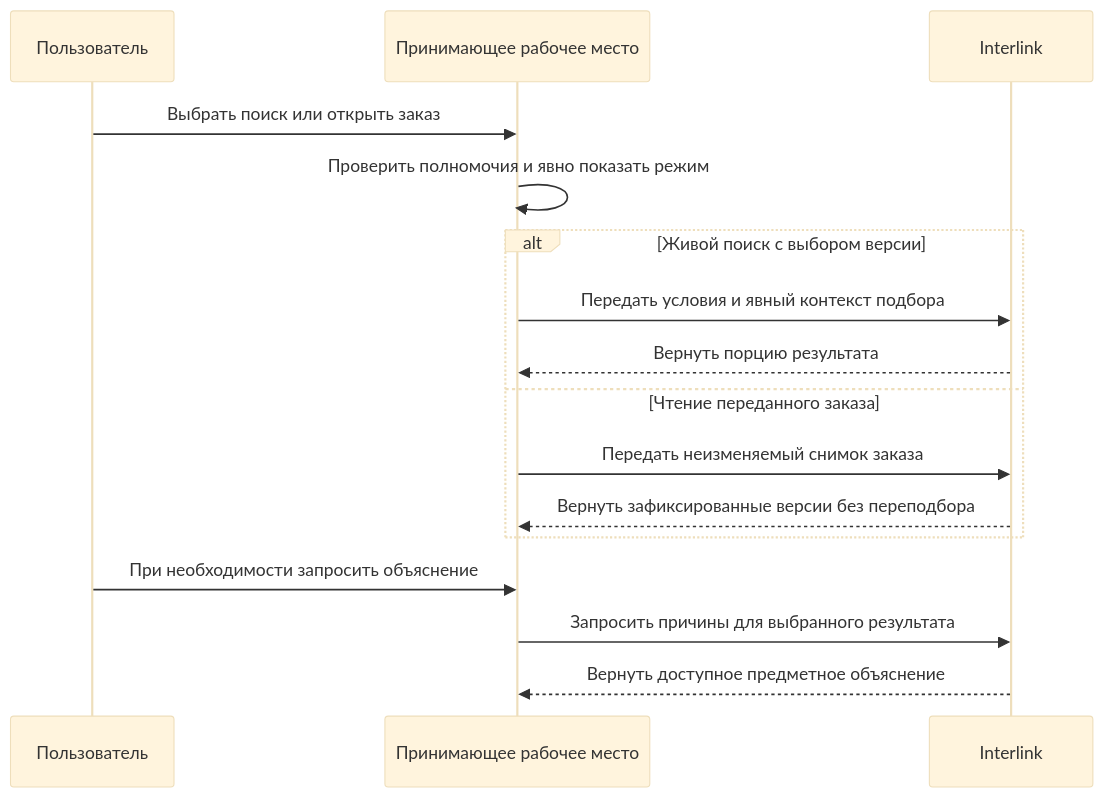
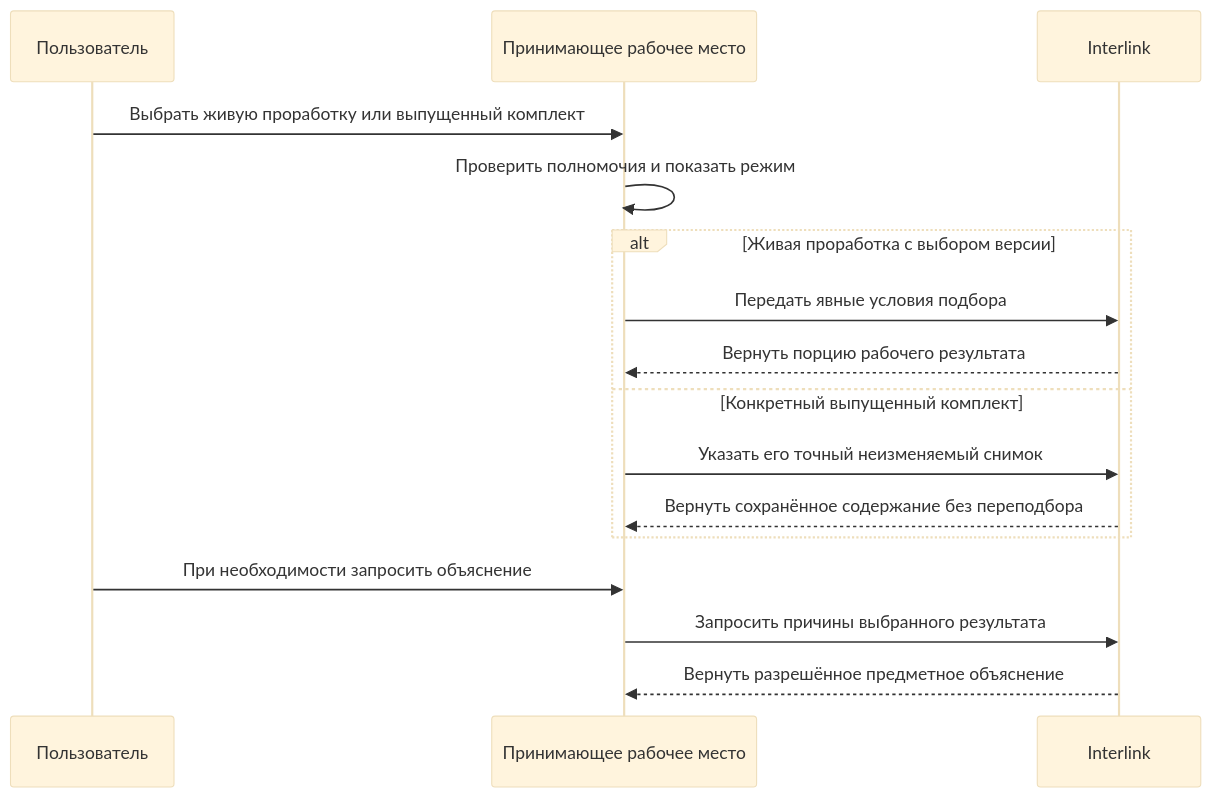
Before and after one commit to ZelAnton/Interlink-product-book: the second of 2 diagrams in docs/data-structure/16-search-and-query-user-experience.md, drawn with Mermaid (base theme). The commit also changed other lines of this file and 231 other files, not shown here.

````diff
--- a/docs/data-structure/16-search-and-query-user-experience.md
+++ b/docs/data-structure/16-search-and-query-user-experience.md
@@ -61,19 +60,19 @@
 ```mermaid
 sequenceDiagram
     participant П as Пользователь
     participant Р as Принимающее рабочее место
     participant И as Interlink
 
-    П->>Р: Выбрать поиск или открыть заказ
-    Р->>Р: Проверить полномочия и явно показать режим
-    alt Живой поиск с выбором версии
-        Р->>И: Передать условия и явный контекст подбора
-        И-->>Р: Вернуть порцию результата
-    else Чтение переданного заказа
-        Р->>И: Передать неизменяемый снимок заказа
-        И-->>Р: Вернуть зафиксированные версии без переподбора
+    П->>Р: Выбрать живую проработку или выпущенный комплект
+    Р->>Р: Проверить полномочия и показать режим
+    alt Живая проработка с выбором версии
+        Р->>И: Передать явные условия подбора
+        И-->>Р: Вернуть порцию рабочего результата
+    else Конкретный выпущенный комплект
+        Р->>И: Указать его точный неизменяемый снимок
+        И-->>Р: Вернуть сохранённое содержание без переподбора
     end
     П->>Р: При необходимости запросить объяснение
-    Р->>И: Запросить причины для выбранного результата
-    И-->>Р: Вернуть доступное предметное объяснение
+    Р->>И: Запросить причины выбранного результата
+    И-->>Р: Вернуть разрешённое предметное объяснение
 ```
````
